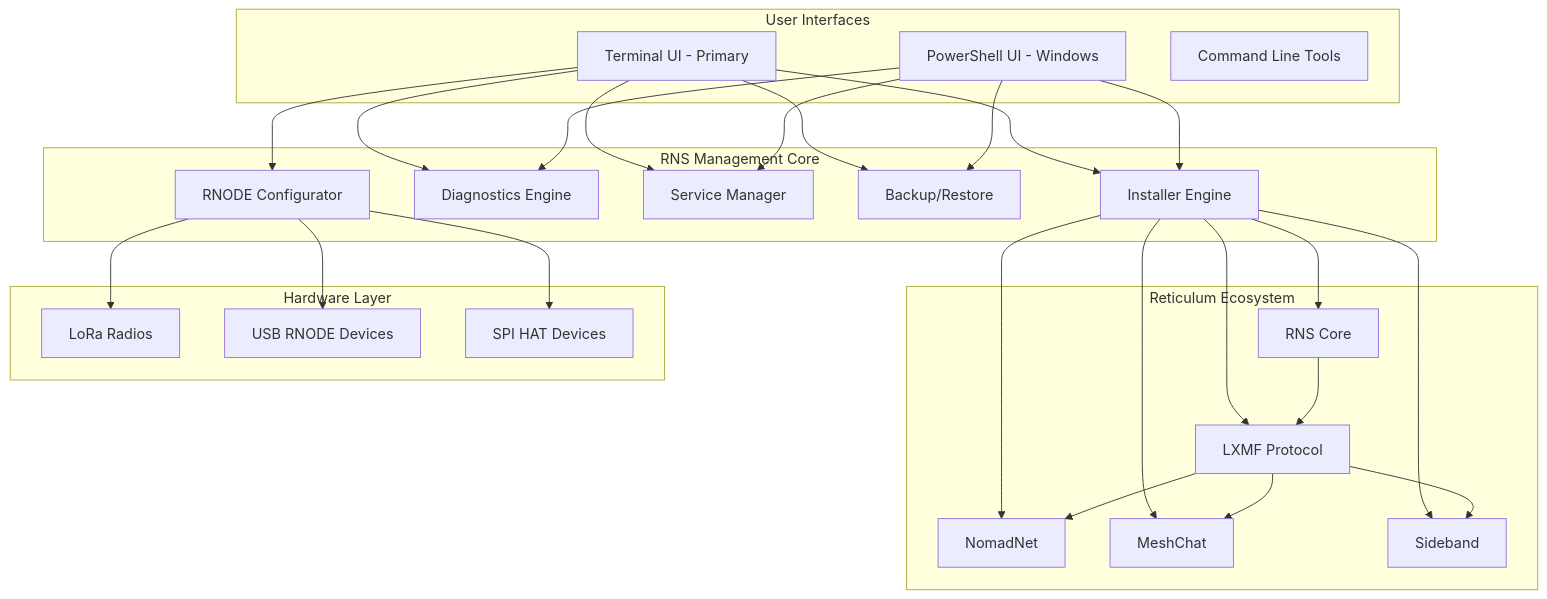
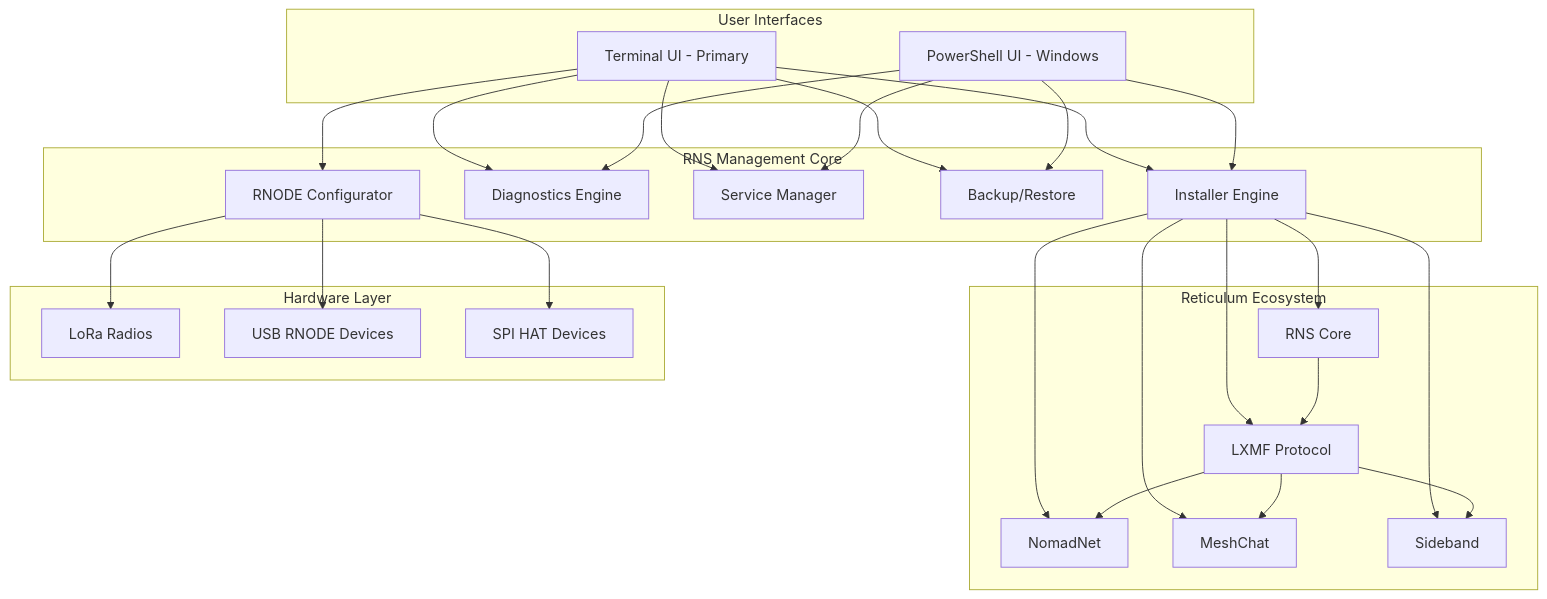
Before and after one commit to Nursedude/RNS-Management-Tool: the diagram in CLAUDE.md, drawn with Mermaid. The commit also changed other lines of this file and 5 other files, not shown here.

````diff
--- a/CLAUDE.md
+++ b/CLAUDE.md
@@ -28,55 +28,36 @@
 ```mermaid
 graph TB
     subgraph "User Interfaces"
         TUI[Terminal UI - Primary]
         PS[PowerShell UI - Windows]
-        CLI[Command Line Tools]
     end
 
     subgraph "RNS Management Core"
         INST[Installer Engine]
         DIAG[Diagnostics Engine]
         SVC[Service Manager]
         BACKUP[Backup/Restore]
         RNODE[RNODE Configurator]
     end
 
     subgraph "Reticulum Ecosystem"
         RNS[RNS Core]
         LXMF[LXMF Protocol]
         NOMAD[NomadNet]
         MESH[MeshChat]
         SIDE[Sideband]
     end
 
     subgraph "Hardware Layer"
         LORA[LoRa Radios]
         USB[USB RNODE Devices]
         SPI[SPI HAT Devices]
     end
 
-    TUI --> INST
-    TUI --> DIAG
-    TUI --> SVC
-    TUI --> BACKUP
-    TUI --> RNODE
-    PS --> INST
-    PS --> DIAG
-    PS --> SVC
-    PS --> BACKUP
+    TUI --> INST & DIAG & SVC & BACKUP & RNODE
+    PS --> INST & DIAG & SVC & BACKUP
 
-    INST --> RNS
-    INST --> LXMF
-    INST --> NOMAD
-    INST --> MESH
-    INST --> SIDE
-
-    RNODE --> LORA
-    RNODE --> USB
-    RNODE --> SPI
-
-    RNS --> LXMF
-    LXMF --> NOMAD
-    LXMF --> MESH
-    LXMF --> SIDE
+    INST --> RNS & LXMF & NOMAD & MESH & SIDE
+    RNODE --> LORA & USB & SPI
+    RNS --> LXMF --> NOMAD & MESH & SIDE
 ```
````
